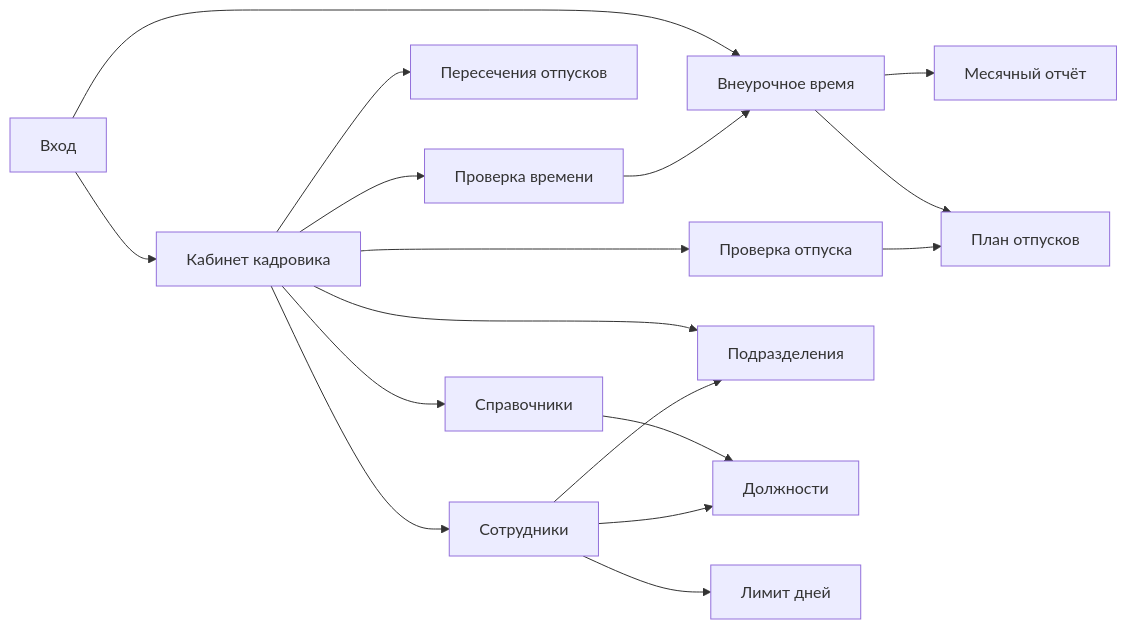
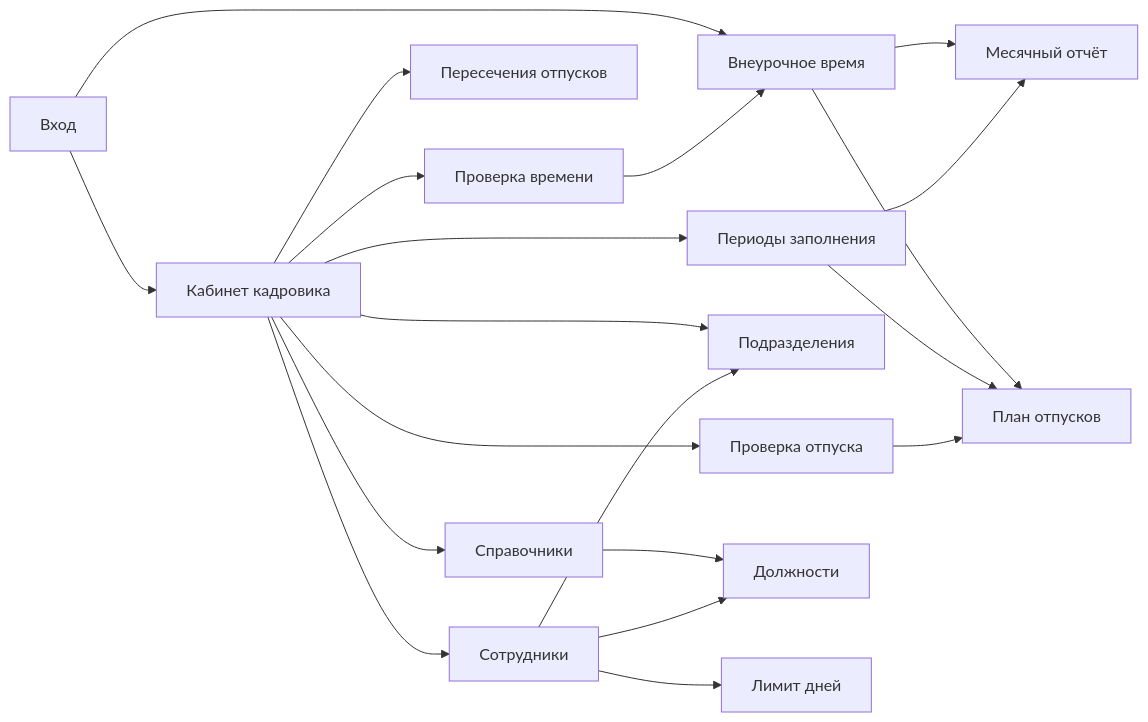
One commit to BillShifr/work-calendar changed the first of 2 diagrams in docs/PRODUCT_FLOW_MAP.md. Above: the diagram before and after it, drawn with Mermaid. The commit also changed other lines of this file and 21 other files, not shown here.

Commit message:
feat: add HR entry windows

````diff
--- a/docs/PRODUCT_FLOW_MAP.md
+++ b/docs/PRODUCT_FLOW_MAP.md
@@ -9,21 +9,24 @@
 ```mermaid
 flowchart LR
   Login[Вход] --> EmployeeHome[Внеурочное время]
   EmployeeHome --> OvertimeMonth[Месячный отчёт]
   EmployeeHome --> VacationPlan[План отпусков]
 
   Login --> HrHome[Кабинет кадровика]
   HrHome --> OvertimeReview[Проверка времени]
   HrHome --> VacationReview[Проверка отпуска]
   HrHome --> Overlap[Пересечения отпусков]
   HrHome --> Employees[Сотрудники]
   HrHome --> Departments[Подразделения]
   HrHome --> References[Справочники]
+  HrHome --> EntryWindows[Периоды заполнения]
   References --> JobTitles[Должности]
 
+  EntryWindows --> VacationPlan
+  EntryWindows --> OvertimeMonth
   Employees --> Departments
   Employees --> JobTitles
   Employees --> VacationAllowance[Лимит дней]
   OvertimeReview --> EmployeeHome
   VacationReview --> VacationPlan
 ```
````
